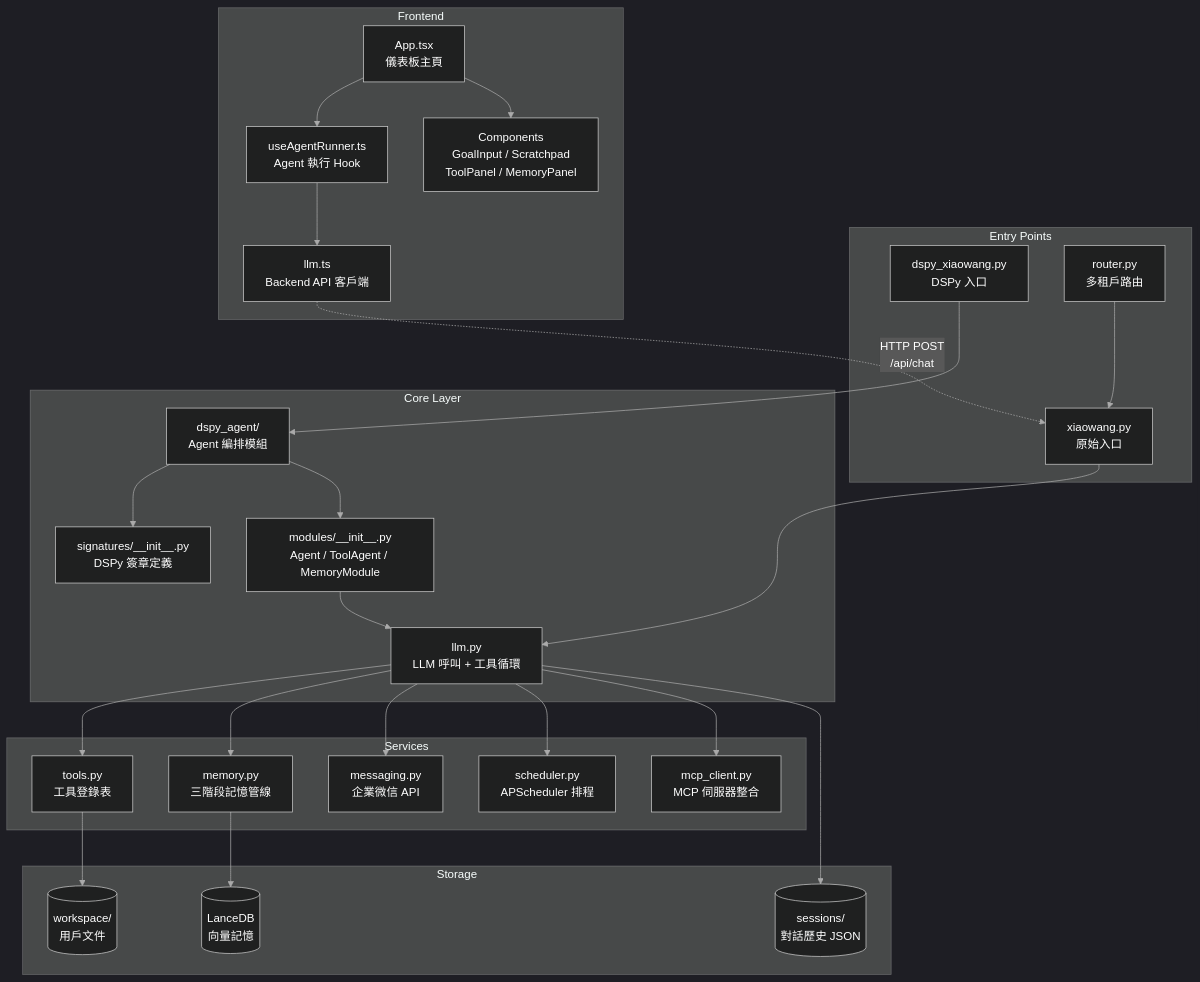
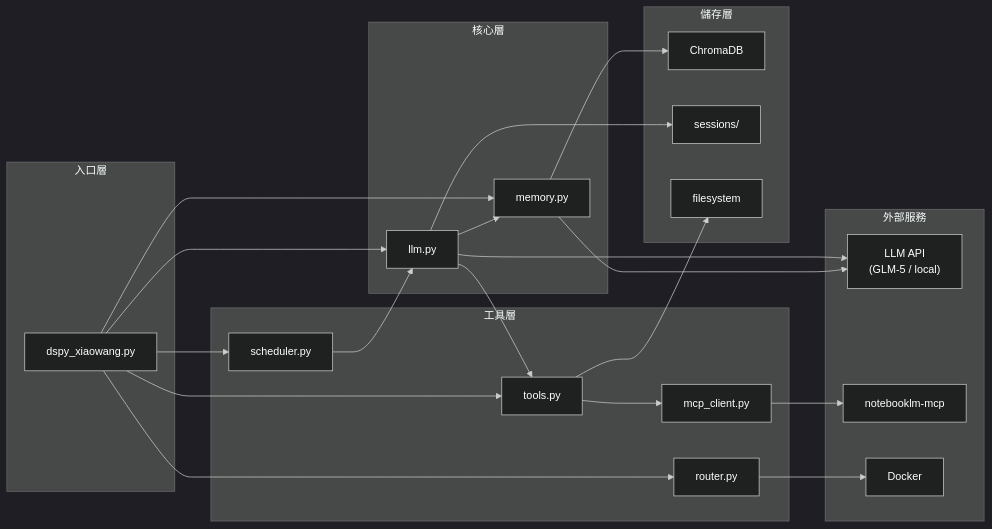
Before and after one commit to DanyLeeTW/dspy-office: the third of 5 diagrams in 系統架構分析報告.md, drawn with Mermaid. The commit also changed other lines of this file and 15 other files, not shown here.

Commit message:
refactor: simplify memory module, optimize agent configuration, and add timestamps to frontend execution steps

````diff
--- a/系統架構分析報告.md
+++ b/系統架構分析報告.md
@@ -113,69 +134,59 @@
 ```mermaid
 %%{init: {
   'theme': 'dark',
   'themeVariables': {
-    'primaryColor': '#464040f8',
+    'primaryColor': '#2d2d2d',
     'primaryTextColor': '#ffffff',
-    'primaryBorderColor': '#ffffff',
-    'lineColor': '#aaaaaa',
-    'secondaryColor': '#2a2a2a',
-    'tertiaryColor': '#3a3a3a',
+    'primaryBorderColor': '#aaaaaa',
+    'lineColor': '#cccccc',
     'textColor': '#ffffff',
-    'fontSize': '16px',
+    'fontSize': '15px',
     'fontFamily': 'ui-sans-serif, system-ui, sans-serif'
   }
 }}%%
-graph TD
-    subgraph "Entry Points"
-        XW["xiaowang.py\n原始入口"]
-        DX["dspy_xiaowang.py\nDSPy 入口"]
-        RT["router.py\n多租戶路由"]
+graph LR
+    subgraph entry["入口層"]
+        XW["dspy_xiaowang.py"]
     end
 
-    subgraph "Core Layer"
-        LLM["llm.py\nLLM 呼叫 + 工具循環"]
-        DA["dspy_agent/\nAgent 編排模組"]
-        SIG["signatures/__init__.py\nDSPy 簽章定義"]
-        MOD["modules/__init__.py\nAgent / ToolAgent / MemoryModule"]
+    subgraph core["核心層"]
+        LLM["llm.py"]
+        MEM["memory.py"]
     end
 
-    subgraph "Services"
-        MEM["memory.py\n三階段記憶管線"]
-        TOOLS["tools.py\n工具登錄表"]
-        SCH["scheduler.py\nAPScheduler 排程"]
-        MSG["messaging.py\n企業微信 API"]
-        MCP["mcp_client.py\nMCP 伺服器整合"]
+    subgraph tool["工具層"]
+        TOOLS["tools.py"]
+        MCP["mcp_client.py"]
+        SCHED["scheduler.py"]
+        ROUTER["router.py"]
     end
 
-    subgraph "Storage"
-        LDB[("LanceDB\n向量記憶")]
-        SES[("sessions/\n對話歷史 JSON")]
-        WS[("workspace/\n用戶文件")]
+    subgraph store["儲存層"]
+        CHROMA["ChromaDB"]
+        SESSION["sessions/"]
+        FS["filesystem"]
     end
 
-    subgraph "Frontend"
-        APP["App.tsx\n儀表板主頁"]
-        HOOK["useAgentRunner.ts\nAgent 執行 Hook"]
-        SVC["llm.ts\nBackend API 客戶端"]
-        COMP["Components\nGoalInput / Scratchpad\nToolPanel / MemoryPanel"]
+    subgraph ext["外部服務"]
+        LLMAPI["LLM API\n(GLM-5 / local)"]
+        NLM["notebooklm-mcp"]
+        DOCKER["Docker"]
     end
 
     XW --> LLM
-    DX --> DA
-    DA --> SIG
-    DA --> MOD
-    MOD --> LLM
+    XW --> MEM
+    XW --> TOOLS
+    XW --> SCHED
+    XW --> ROUTER
     LLM --> TOOLS
     LLM --> MEM
-    LLM --> MSG
-    LLM --> SCH
-    LLM --> MCP
-    MEM --> LDB
-    LLM --> SES
-    TOOLS --> WS
-    RT --> XW
-    APP --> HOOK
-    HOOK --> SVC
-    SVC -.->|"HTTP POST\n/api/chat"| XW
-    APP --> COMP
+    LLM --> SESSION
+    LLM --> LLMAPI
+    MEM --> CHROMA
+    MEM --> LLMAPI
+    TOOLS --> MCP
+    TOOLS --> FS
+    MCP --> NLM
+    SCHED --> LLM
+    ROUTER --> DOCKER
 ```
````
